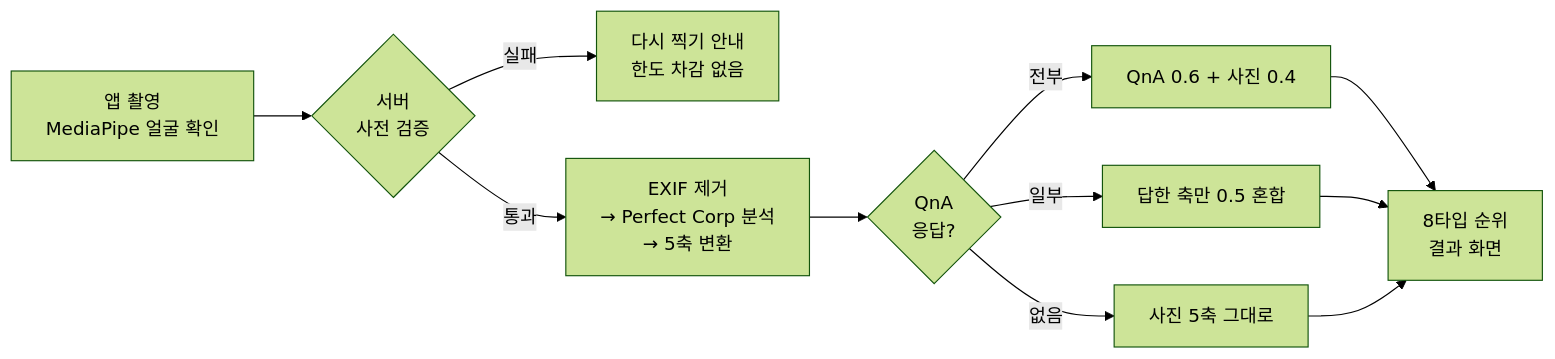
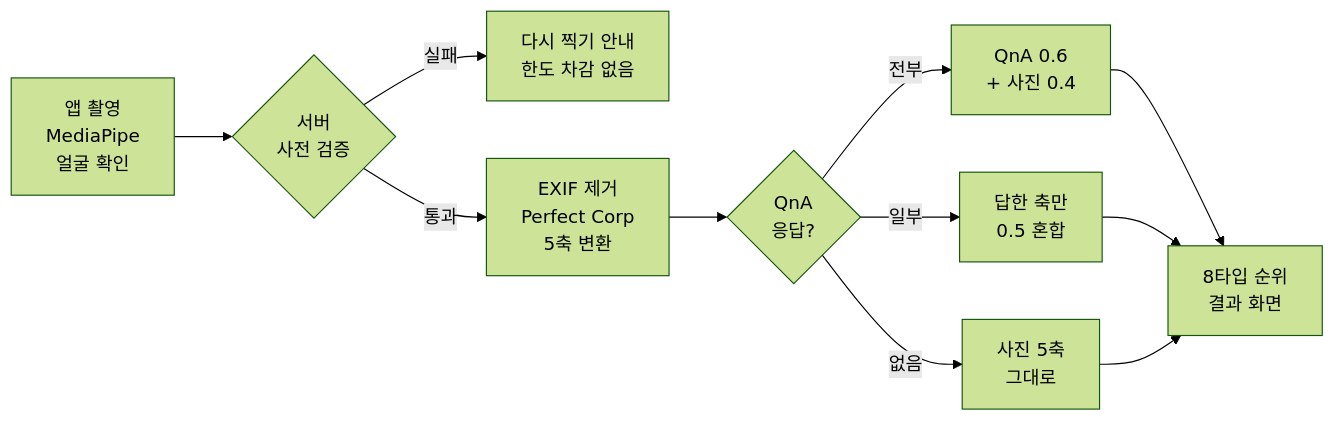
The third of 9 diagrams in docs/architecture/diagrams.md (EunSeong-Jo/capstone), drawn with Mermaid (forest theme) before and after one commit. The commit also changed other lines of this file and 1 other file, not shown here.

````diff
--- a/docs/architecture/diagrams.md
+++ b/docs/architecture/diagrams.md
@@ -101,11 +105,11 @@
 ```mermaid
 flowchart LR
-    CAM["앱 촬영<br/>MediaPipe 얼굴 확인"] --> GATE{"서버<br/>사전 검증"}
+    CAM["앱 촬영<br/>MediaPipe<br/>얼굴 확인"] --> GATE{"서버<br/>사전 검증"}
     GATE -- 실패 --> RETRY["다시 찍기 안내<br/>한도 차감 없음"]
-    GATE -- 통과 --> PC["EXIF 제거<br/>→ Perfect Corp 분석<br/>→ 5축 변환"]
+    GATE -- 통과 --> PC["EXIF 제거<br/>Perfect Corp<br/>5축 변환"]
     PC --> MIX{"QnA<br/>응답?"}
-    MIX -- 전부 --> M1["QnA 0.6 + 사진 0.4"]
-    MIX -- 일부 --> M2["답한 축만 0.5 혼합"]
-    MIX -- 없음 --> M3["사진 5축 그대로"]
+    MIX -- 전부 --> M1["QnA 0.6<br/>+ 사진 0.4"]
+    MIX -- 일부 --> M2["답한 축만<br/>0.5 혼합"]
+    MIX -- 없음 --> M3["사진 5축<br/>그대로"]
     M1 & M2 & M3 --> RANK["8타입 순위<br/>결과 화면"]
 ```
````
